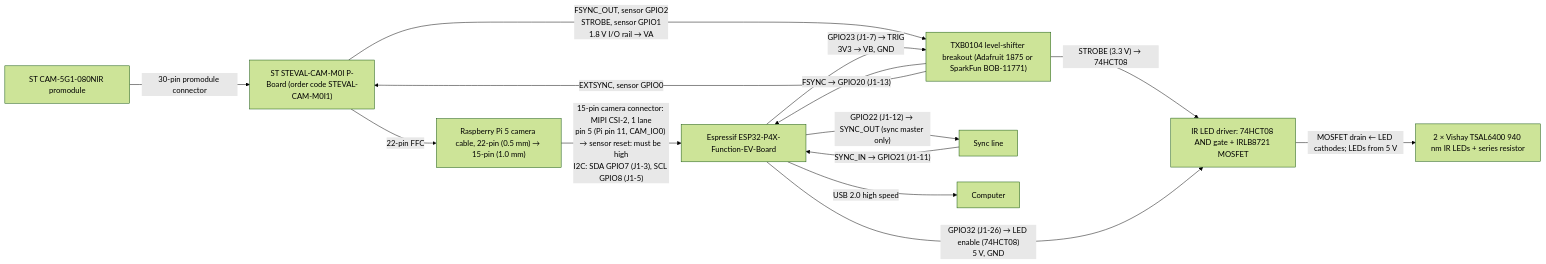
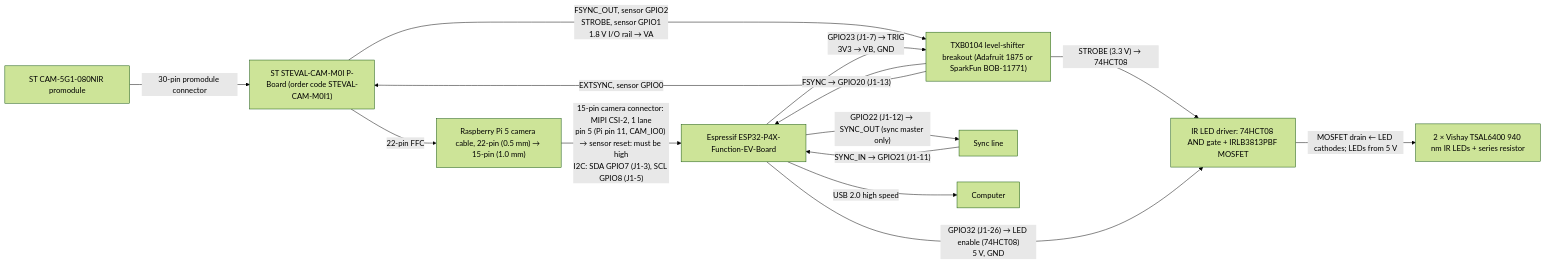
The diagram in README.md (olinesn/nir-eye-cam), drawn with Mermaid (forest theme) before and after one commit. The commit also changed other lines of this file and 3 other files, not shown here.

First line of the commit message:
LED driver: IRLB3813PBF MOSFET with a 220 Ω gate resistor

````diff
--- a/README.md
+++ b/README.md
@@ -78,25 +78,25 @@
 ```mermaid
 flowchart LR
     module["ST CAM-5G1-080NIR promodule"]
     pboard["ST STEVAL-CAM-M0I P-Board (order code STEVAL-CAM-M0I1)"]
     cable["Raspberry Pi 5 camera cable, 22-pin (0.5 mm) → 15-pin (1.0 mm)"]
     board["Espressif ESP32-P4X-Function-EV-Board"]
     shift["TXB0104 level-shifter breakout (Adafruit 1875 or SparkFun BOB-11771)"]
-    driver["IR LED driver: 74HCT08 AND gate + IRLB8721 MOSFET"]
+    driver["IR LED driver: 74HCT08 AND gate + IRLB3813PBF MOSFET"]
     leds["2 × Vishay TSAL6400 940 nm IR LEDs + series resistor"]
     sync["Sync line"]
     pc["Computer"]
     module -- "30-pin promodule connector" --> pboard
     pboard -- "22-pin FFC" --> cable
     cable -- "15-pin camera connector: MIPI CSI-2, 1 lane<br/>pin 5 (Pi pin 11, CAM_IO0) → sensor reset: must be high<br/>I2C: SDA GPIO7 (J1-3), SCL GPIO8 (J1-5)" --> board
     pboard -- "FSYNC_OUT, sensor GPIO2<br/>STROBE, sensor GPIO1<br/>1.8 V I/O rail → VA" --> shift
     shift -- "FSYNC → GPIO20 (J1-13)" --> board
     board -- "GPIO23 (J1-7) → TRIG<br/>3V3 → VB, GND" --> shift
     shift -- "EXTSYNC, sensor GPIO0" --> pboard
     shift -- "STROBE (3.3 V) → 74HCT08" --> driver
     board -- "GPIO32 (J1-26) → LED enable (74HCT08)<br/>5 V, GND" --> driver
     driver -- "MOSFET drain ← LED cathodes; LEDs from 5 V" --> leds
     sync -- "SYNC_IN → GPIO21 (J1-11)" --> board
     board -- "GPIO22 (J1-12) → SYNC_OUT (sync master only)" --> sync
     board -- "USB 2.0 high speed" --> pc
 ```
````
